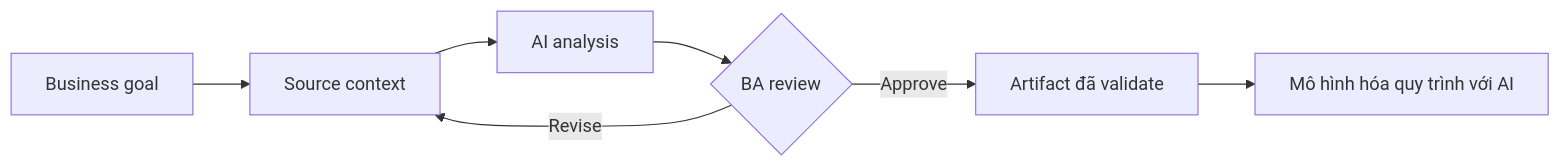
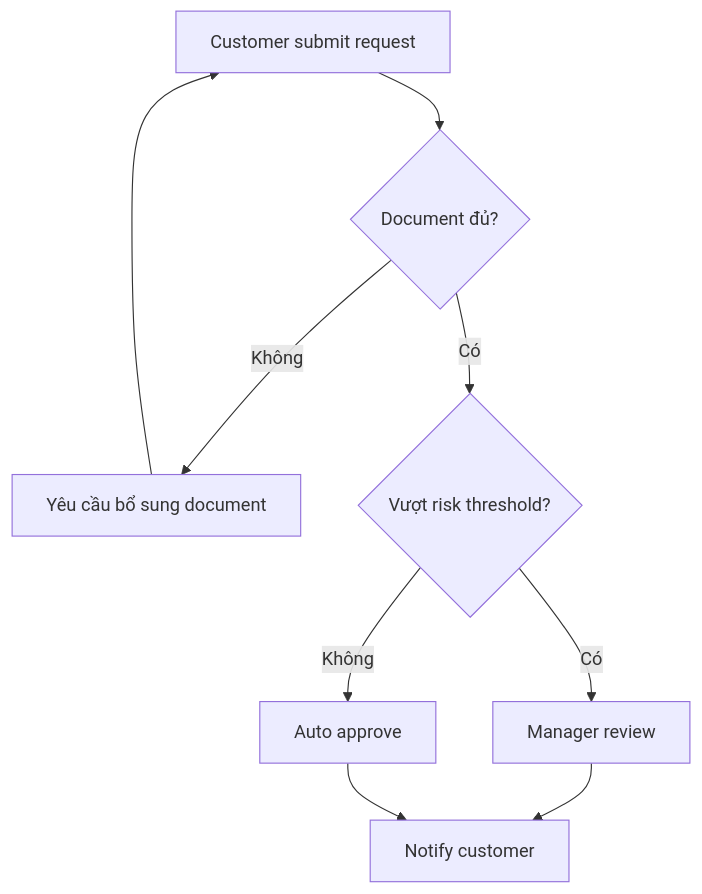
Before and after one commit to anhtnt90dev/ai-for-ba: the diagram in docs/vi/lessons/process-modeling-with-ai/index.md, drawn with Mermaid. The commit also changed other lines of this file and 64 other files, not shown here.

````diff
--- a/docs/vi/lessons/process-modeling-with-ai/index.md
+++ b/docs/vi/lessons/process-modeling-with-ai/index.md
@@ -39,9 +38,11 @@
 ```mermaid
-flowchart LR
-    A["Business goal"] --> B["Source context"]
-    B --> C["AI analysis"]
-    C --> D{"BA review"}
-    D -->|"Revise"| B
-    D -->|"Approve"| E["Artifact đã validate"]
-    E --> F["Mô hình hóa quy trình với AI"]
+flowchart TD
+    A["Customer submit request"] --> B{"Document đủ?"}
+    B -->|Không| C["Yêu cầu bổ sung document"]
+    C --> A
+    B -->|Có| D{"Vượt risk threshold?"}
+    D -->|Có| E["Manager review"]
+    D -->|Không| F["Auto approve"]
+    E --> G["Notify customer"]
+    F --> G
 ```
````
